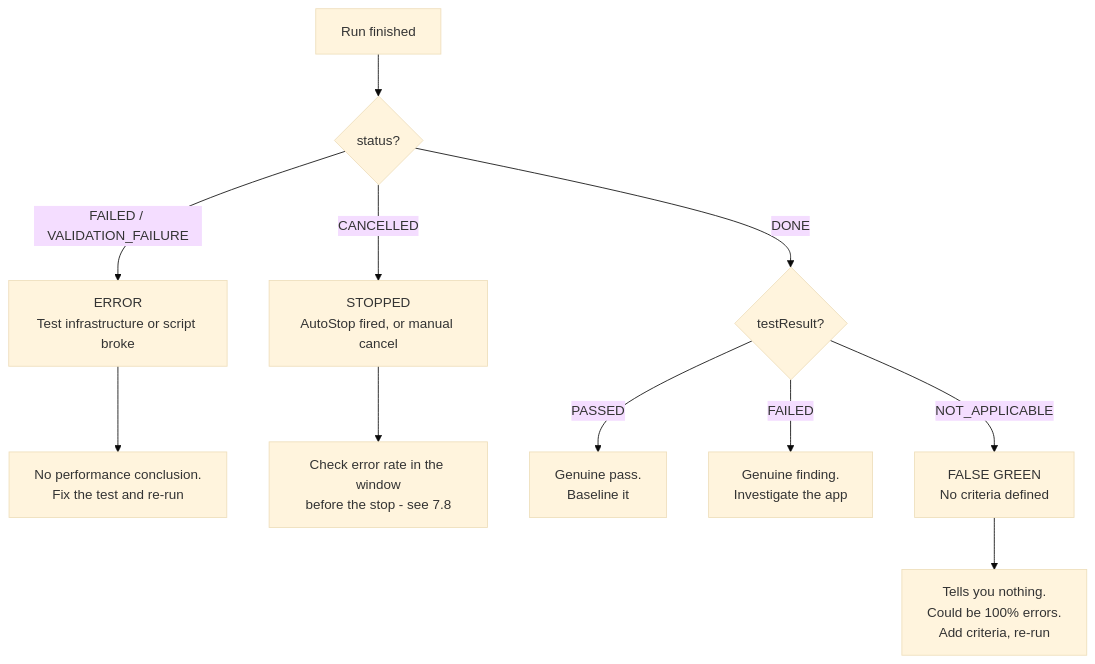
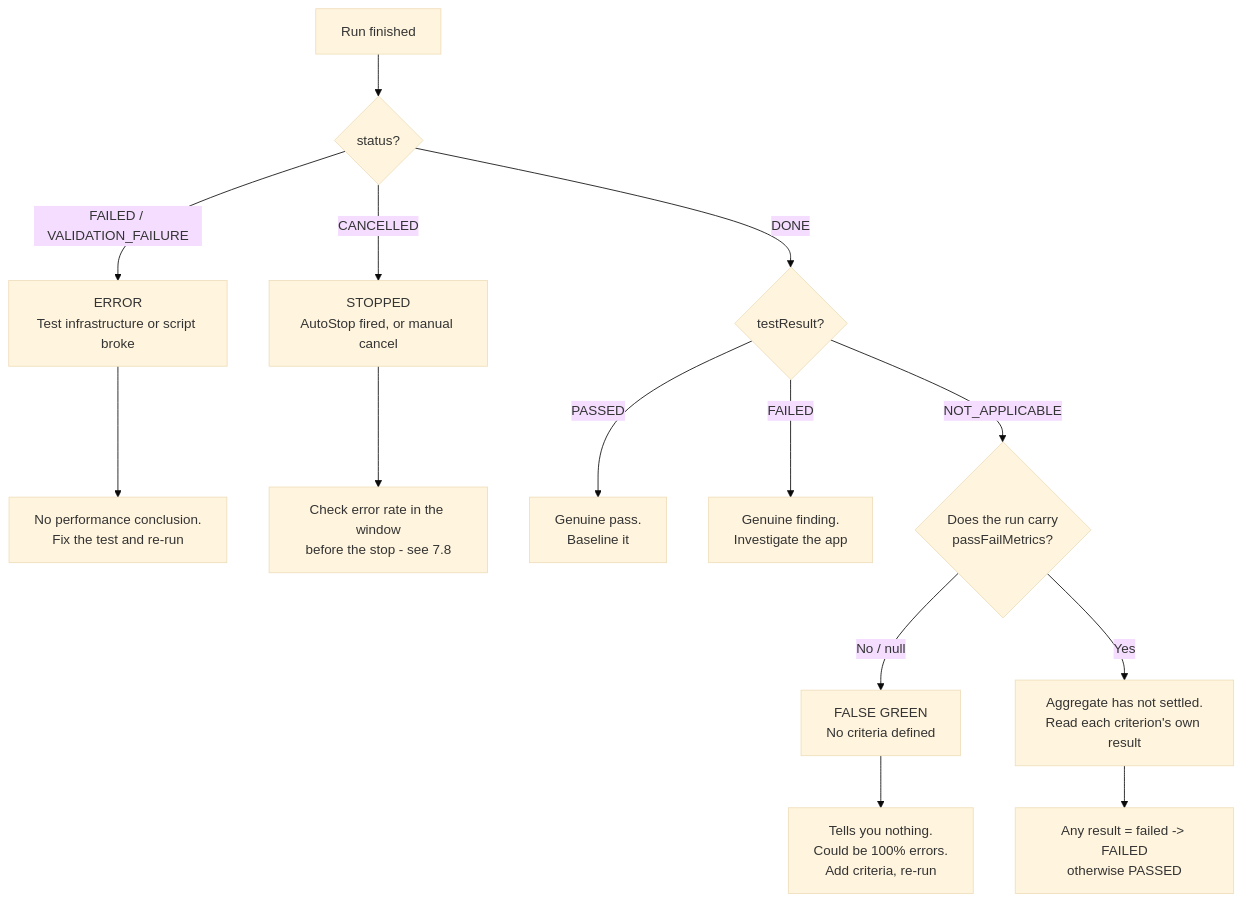
One commit to san360/contoso-bank-loadtest changed the second of 2 diagrams in docs/07-analyzing-results-and-bottlenecks.md. Above: the diagram before and after it, drawn with Mermaid (base theme). The commit also changed other lines of this file and 6 other files, not shown here.

````diff
--- a/docs/07-analyzing-results-and-bottlenecks.md
+++ b/docs/07-analyzing-results-and-bottlenecks.md
@@ -59,13 +59,16 @@
 ```mermaid
 graph TD
     A["Run finished"] --> B{"status?"}
     B -->|"FAILED / VALIDATION_FAILURE"| C["ERROR<br/>Test infrastructure or script broke"]
     C --> C1["No performance conclusion.<br/>Fix the test and re-run"]
     B -->|"CANCELLED"| D["STOPPED<br/>AutoStop fired, or manual cancel"]
     D --> D1["Check error rate in the window<br/>before the stop - see 7.8"]
     B -->|"DONE"| E{"testResult?"}
     E -->|"PASSED"| F["Genuine pass.<br/>Baseline it"]
     E -->|"FAILED"| G["Genuine finding.<br/>Investigate the app"]
-    E -->|"NOT_APPLICABLE"| H["FALSE GREEN<br/>No criteria defined"]
+    E -->|"NOT_APPLICABLE"| N{"Does the run carry<br/>passFailMetrics?"}
+    N -->|"No / null"| H["FALSE GREEN<br/>No criteria defined"]
+    N -->|"Yes"| I["Aggregate has not settled.<br/>Read each criterion's own result"]
     H --> H1["Tells you nothing.<br/>Could be 100% errors.<br/>Add criteria, re-run"]
+    I --> I1["Any result = failed -> FAILED<br/>otherwise PASSED"]
 ```
````
